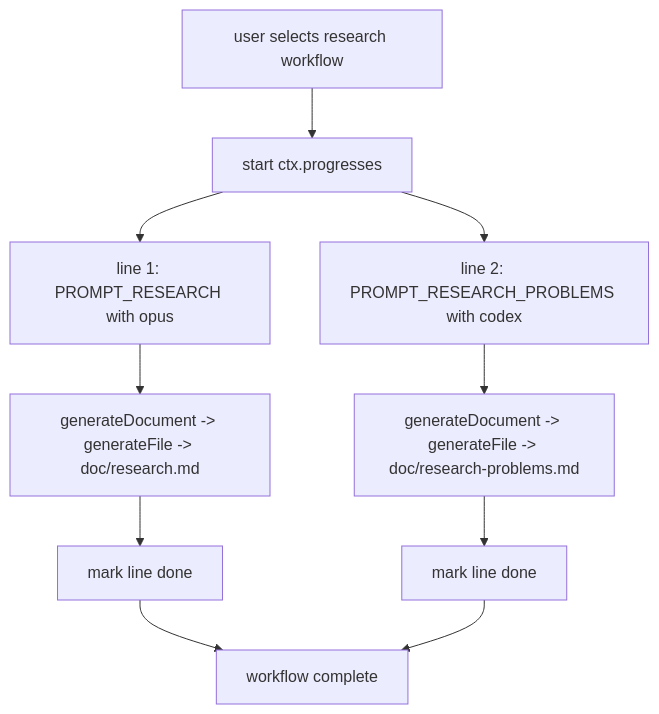
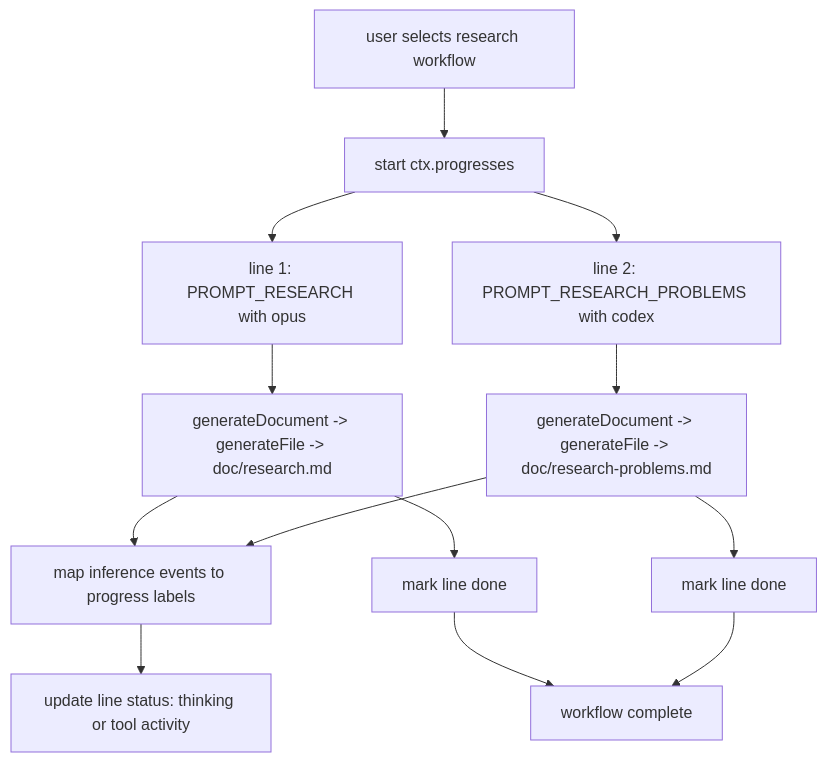
Before and after one commit to ex3ndr/holdmybeer: the diagram in doc/workflow-research-parallel.md, drawn with Mermaid. The commit also changed other lines of this file and 2 other files, not shown here.

Commit message:
fix(workflow): stream inference status into research progress

````diff
--- a/doc/workflow-research-parallel.md
+++ b/doc/workflow-research-parallel.md
@@ -7,12 +7,15 @@
 ```mermaid
 flowchart TD
   A[user selects research workflow] --> B[start ctx.progresses]
   B --> C[line 1: PROMPT_RESEARCH with opus]
   B --> D[line 2: PROMPT_RESEARCH_PROBLEMS with codex]
   C --> E[generateDocument -> generateFile -> doc/research.md]
   D --> F[generateDocument -> generateFile -> doc/research-problems.md]
+  E --> J[map inference events to progress labels]
+  F --> J
+  J --> K[update line status: thinking or tool activity]
   E --> G[mark line done]
   F --> H[mark line done]
   G --> I[workflow complete]
   H --> I
 ```
````
